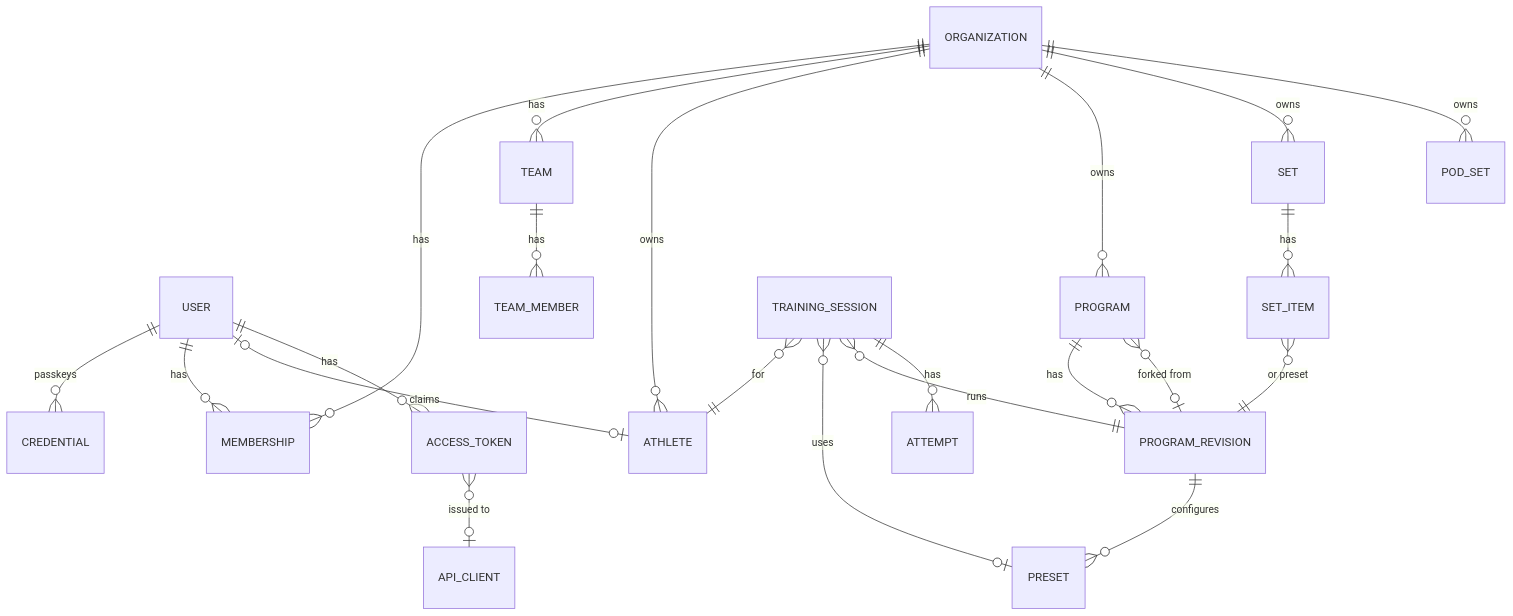
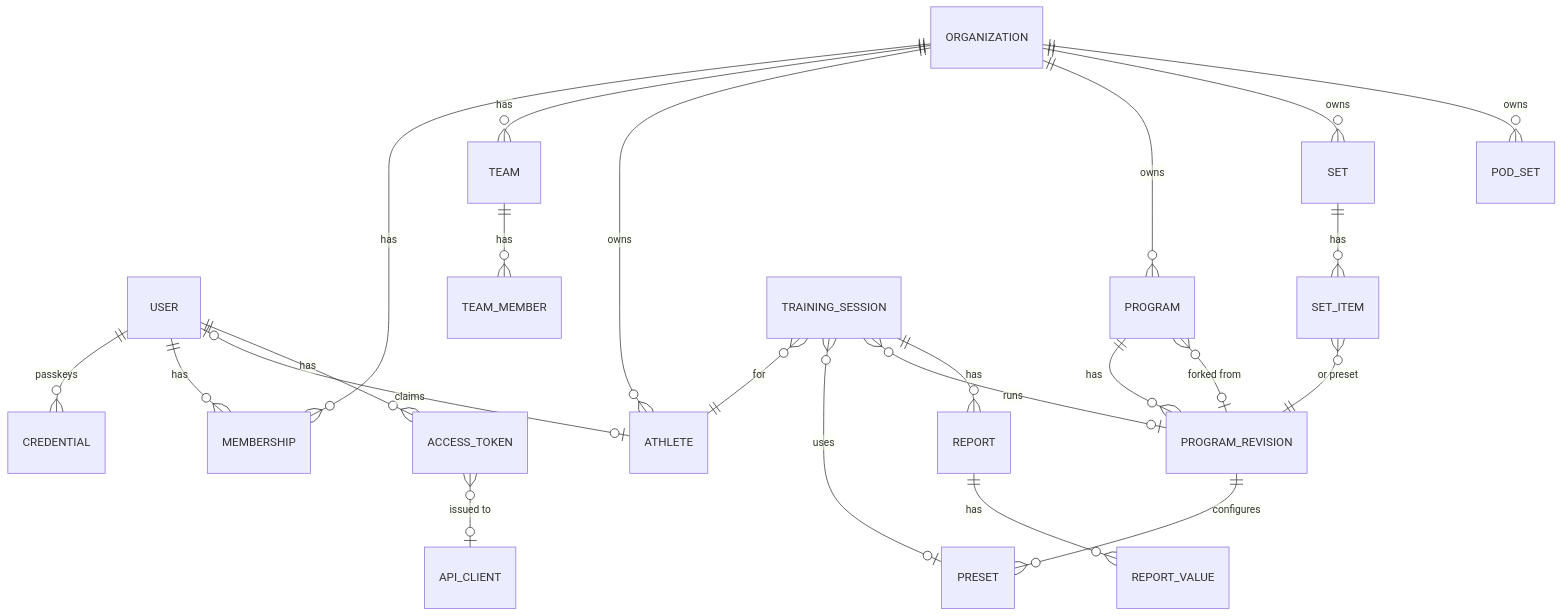
The second of 4 diagrams in docs/platform/spec.md (RunningJoke/reactionButton), drawn with Mermaid before and after one commit. The commit also changed other lines of this file and 2 other files, not shown here.

````diff
--- a/docs/platform/spec.md
+++ b/docs/platform/spec.md
@@ -221,24 +236,25 @@
 ```mermaid
 erDiagram
     USER ||--o{ CREDENTIAL : "passkeys"
     USER ||--o{ MEMBERSHIP : has
     ORGANIZATION ||--o{ MEMBERSHIP : has
     ORGANIZATION ||--o{ TEAM : has
     TEAM ||--o{ TEAM_MEMBER : has
     ORGANIZATION ||--o{ ATHLETE : owns
     USER |o--o| ATHLETE : "claims"
     ORGANIZATION ||--o{ PROGRAM : owns
     PROGRAM ||--o{ PROGRAM_REVISION : has
     PROGRAM_REVISION |o--o{ PROGRAM : "forked from"
     PROGRAM_REVISION ||--o{ PRESET : configures
     ORGANIZATION ||--o{ SET : owns
     SET ||--o{ SET_ITEM : has
     SET_ITEM }o--|| PROGRAM_REVISION : "or preset"
     ORGANIZATION ||--o{ POD_SET : owns
     TRAINING_SESSION }o--|| ATHLETE : "for"
     TRAINING_SESSION }o--o| PRESET : uses
-    TRAINING_SESSION }o--|| PROGRAM_REVISION : runs
-    TRAINING_SESSION ||--o{ ATTEMPT : has
+    TRAINING_SESSION }o--o| PROGRAM_REVISION : runs
+    TRAINING_SESSION ||--o{ REPORT : has
+    REPORT ||--o{ REPORT_VALUE : has
     USER ||--o{ ACCESS_TOKEN : has
     ACCESS_TOKEN }o--o| API_CLIENT : "issued to"
 ```
````
